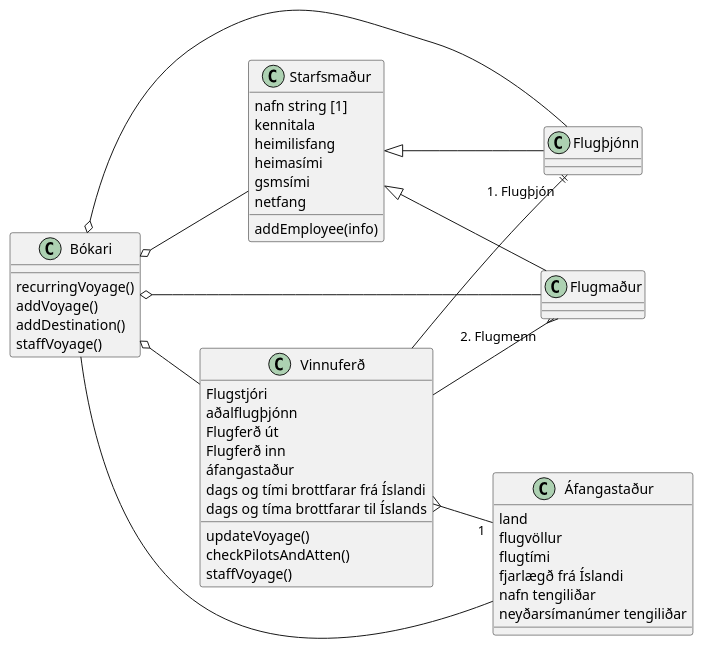
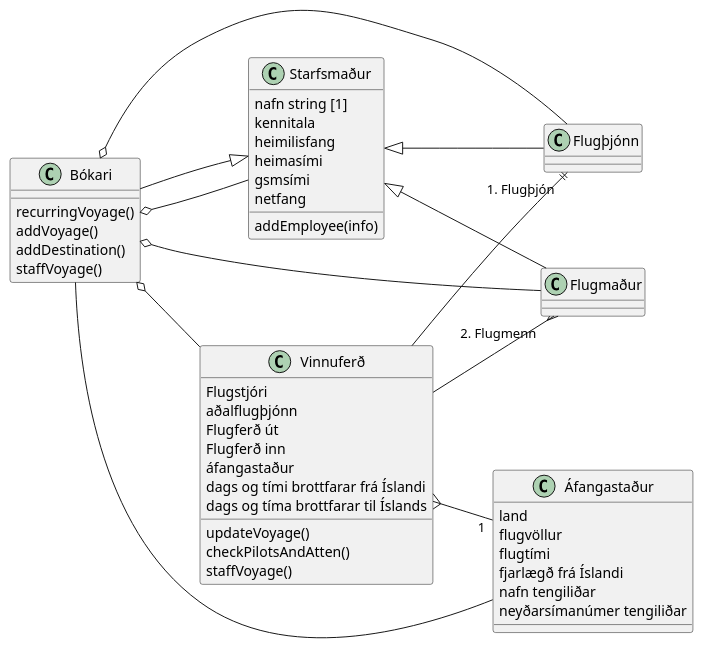
Before and after one commit to MyraMidnight/VLN1_h16: the diagram in plantuml.wsd, drawn with PlantUML. The commit also changed 1 other file, not shown here.

```diff
--- a/plantuml.wsd
+++ b/plantuml.wsd
@@ -6,62 +6,63 @@
 @startuml Bókhald
 left to right direction
 
 class Vinnuferð {
   Flugstjóri
   aðalflugþjónn
   Flugferð út
   Flugferð inn
   áfangastaður
   dags og tími brottfarar frá Íslandi
   dags og tíma brottfarar til Íslands
   updateVoyage()
   checkPilotsAndAtten()
   staffVoyage()
 }
 
 
 class Starfsmaður {
   nafn string [1]
   kennitala
   heimilisfang
   heimasími
   gsmsími
   netfang
   addEmployee(info)
 }
 
 class Áfangastaður {
   land
   flugvöllur
   flugtími
   fjarlægð frá Íslandi
   nafn tengiliðar
   neyðarsímanúmer tengiliðar
 }
 
 
 
 class Flugmaður {
 }
 
 class Flugþjónn {
 }
 
 class Bókari {
   recurringVoyage()
   addVoyage()
   addDestination()
   staffVoyage()
 }
 
 Vinnuferð }-- "1" Áfangastaður
 Bókari o-- Vinnuferð
 Bókari o-- Starfsmaður
 Bókari o-- Flugmaður
 Bókari o-- Flugþjónn
+Bókari --|> Starfsmaður
 Starfsmaður <|-- Flugmaður
 Starfsmaður <|-- Flugþjónn
 Vinnuferð --{ "2. Flugmenn" Flugmaður
 Vinnuferð -|| "1. Flugþjón" Flugþjónn
 Bókari --- Áfangastaður
 @enduml
```
